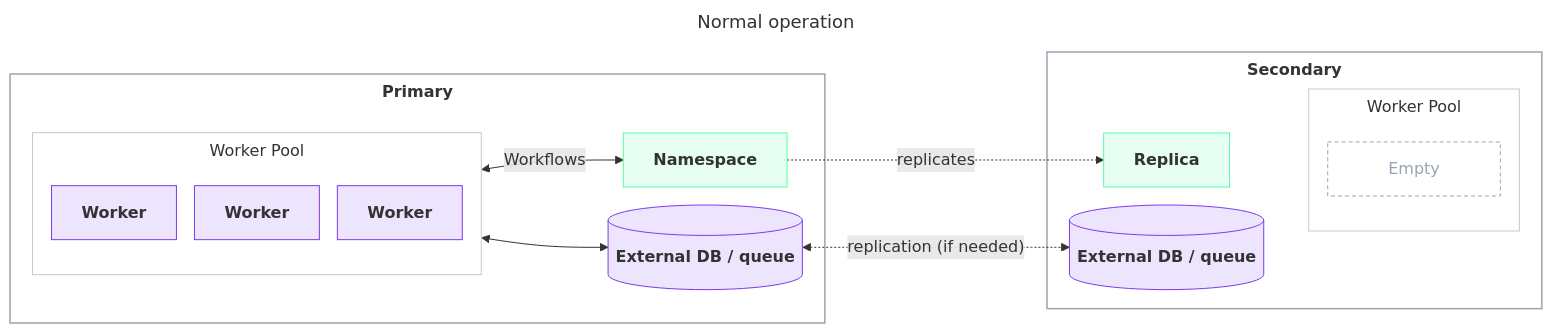
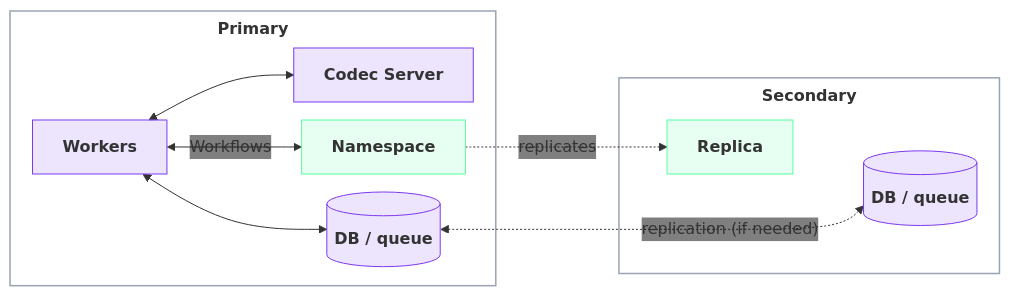
One commit to temporalio/documentation changed the seventh of 19 diagrams in docs/cloud/high-availability/deployment-patterns.mdx. Above: the diagram before and after it, drawn with Mermaid. The commit also changed other lines of this file, not shown here.

````diff
--- a/docs/cloud/high-availability/deployment-patterns.mdx
+++ b/docs/cloud/high-availability/deployment-patterns.mdx
@@ -289,36 +304,25 @@
 ```mermaid
----
-title: Normal operation
----
-%%{init: {'themeVariables':{'fontFamily':'Inter, ui-sans-serif, system-ui, sans-serif'},'flowchart':{'nodeSpacing':18,'rankSpacing':45,'curve':'basis','subGraphTitleMargin':{'top':6,'bottom':12}}}}%%
+%%{init: {'themeVariables':{'fontFamily':'Inter, ui-sans-serif, system-ui, sans-serif','edgeLabelBackground':'transparent'},'flowchart':{'nodeSpacing':18,'rankSpacing':45,'curve':'basis','subGraphTitleMargin':{'top':6,'bottom':12}}}}%%
 flowchart LR
     classDef worker fill:#7C3AED22,stroke:#7C3AED,stroke-width:1px;
     classDef ns fill:#59FDA024,stroke:#59FDA0,stroke-width:1px;
     classDef ext fill:#7C3AED22,stroke:#7C3AED,stroke-width:1px;
-    classDef empty fill:transparent,stroke:#9aa4b2,stroke-width:1px,stroke-dasharray:4 3,color:#9aa4b2;
     classDef region fill:transparent,stroke:#9aa4b2,stroke-width:1.5px;
-    classDef pool fill:transparent,stroke:#c2c8d2,stroke-width:1px;
     subgraph DCNPRI["<b>Primary</b>"]
-      subgraph DCNWP["Worker Pool"]
-        DCNW1["<b>Worker</b>"]:::worker
-        DCNW2["<b>Worker</b>"]:::worker
-        DCNW3["<b>Worker</b>"]:::worker
-      end
+      DCNWP["<b>Workers</b>"]:::worker
+      DCNCODEC["<b>Codec Server</b>"]:::ext
       DCNNS["<b>Namespace</b>"]:::ns
-      DCNDB[("<b>External DB / queue</b>")]:::ext
+      DCNDB[("<b>DB / queue</b>")]:::ext
       DCNWP <-->|Workflows| DCNNS
       DCNWP <--> DCNDB
+      DCNWP <--> DCNCODEC
     end
     subgraph DCNSEC["<b>Secondary</b>"]
       DCNR["<b>Replica</b>"]:::ns
-      DCNDB2[("<b>External DB / queue</b>")]:::ext
-      subgraph DCNWP2["Worker Pool"]
-        DCNE["&nbsp;&nbsp;&nbsp;&nbsp;&nbsp;&nbsp;Empty&nbsp;&nbsp;&nbsp;&nbsp;&nbsp;&nbsp;"]:::empty
-      end
-      DCNR ~~~ DCNWP2
+      DCNDB2[("<b>DB / queue</b>")]:::ext
+      DCNR ~~~ DCNDB2
     end
     DCNNS -. replicates .-> DCNR
     DCNDB <-.->|"replication (if needed)"| DCNDB2
     class DCNPRI,DCNSEC region
-    class DCNWP,DCNWP2 pool
 ```
````
